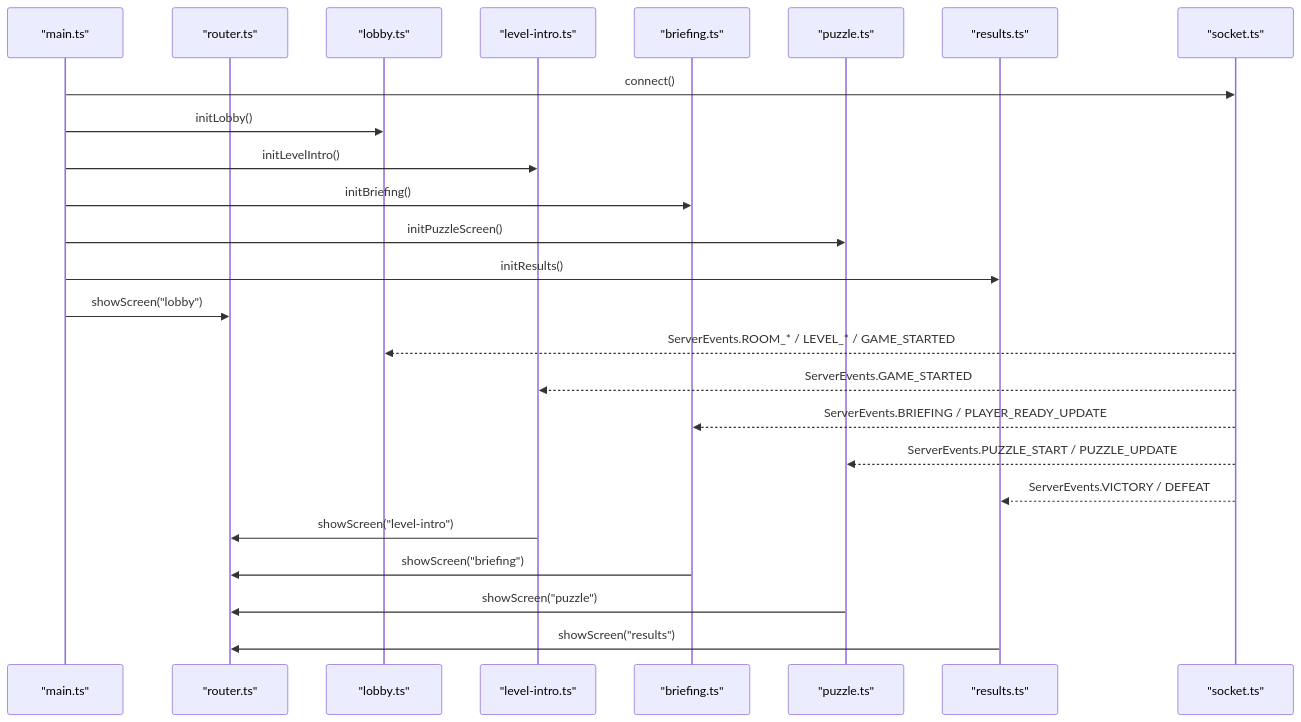
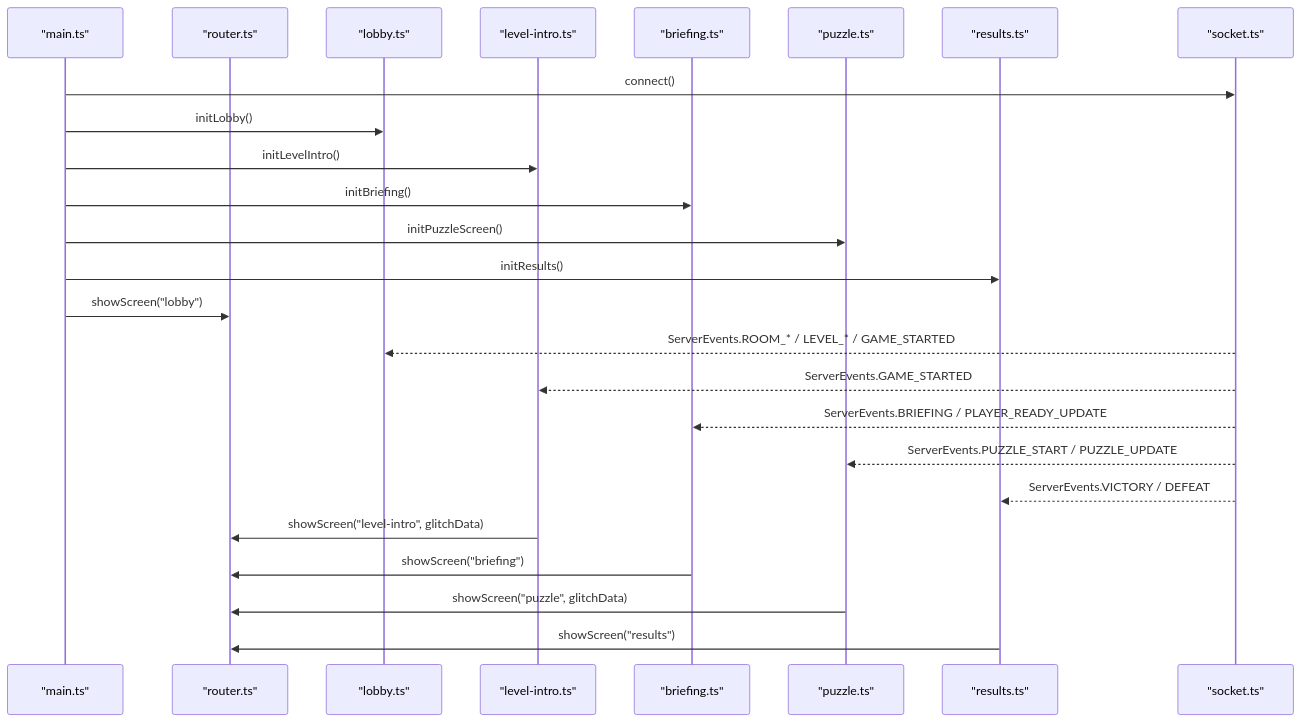
Before and after one commit to dkoukoul/escape-room-mvp: the second of 8 diagrams in .qoder/repowiki/en/content/Client Application/Screen Management.md, drawn with Mermaid. The commit also changed other lines of this file and 21 other files, not shown here.

````diff
--- a/.qoder/repowiki/en/content/Client Application/Screen Management.md
+++ b/.qoder/repowiki/en/content/Client Application/Screen Management.md
@@ -96,27 +109,27 @@
 ```mermaid
 sequenceDiagram
 participant Boot as "main.ts"
 participant Router as "router.ts"
 participant Lobby as "lobby.ts"
 participant Intro as "level-intro.ts"
 participant Brief as "briefing.ts"
 participant Puz as "puzzle.ts"
 participant Res as "results.ts"
 participant Sock as "socket.ts"
 Boot->>Sock : connect()
 Boot->>Lobby : initLobby()
 Boot->>Intro : initLevelIntro()
 Boot->>Brief : initBriefing()
 Boot->>Puz : initPuzzleScreen()
 Boot->>Res : initResults()
 Boot->>Router : showScreen("lobby")
 Sock-->>Lobby : ServerEvents.ROOM_* / LEVEL_* / GAME_STARTED
 Sock-->>Intro : ServerEvents.GAME_STARTED
 Sock-->>Brief : ServerEvents.BRIEFING / PLAYER_READY_UPDATE
 Sock-->>Puz : ServerEvents.PUZZLE_START / PUZZLE_UPDATE
 Sock-->>Res : ServerEvents.VICTORY / DEFEAT
-Intro->>Router : showScreen("level-intro")
+Intro->>Router : showScreen("level-intro", glitchData)
 Brief->>Router : showScreen("briefing")
-Puz->>Router : showScreen("puzzle")
+Puz->>Router : showScreen("puzzle", glitchData)
 Res->>Router : showScreen("results")
 ```
````
